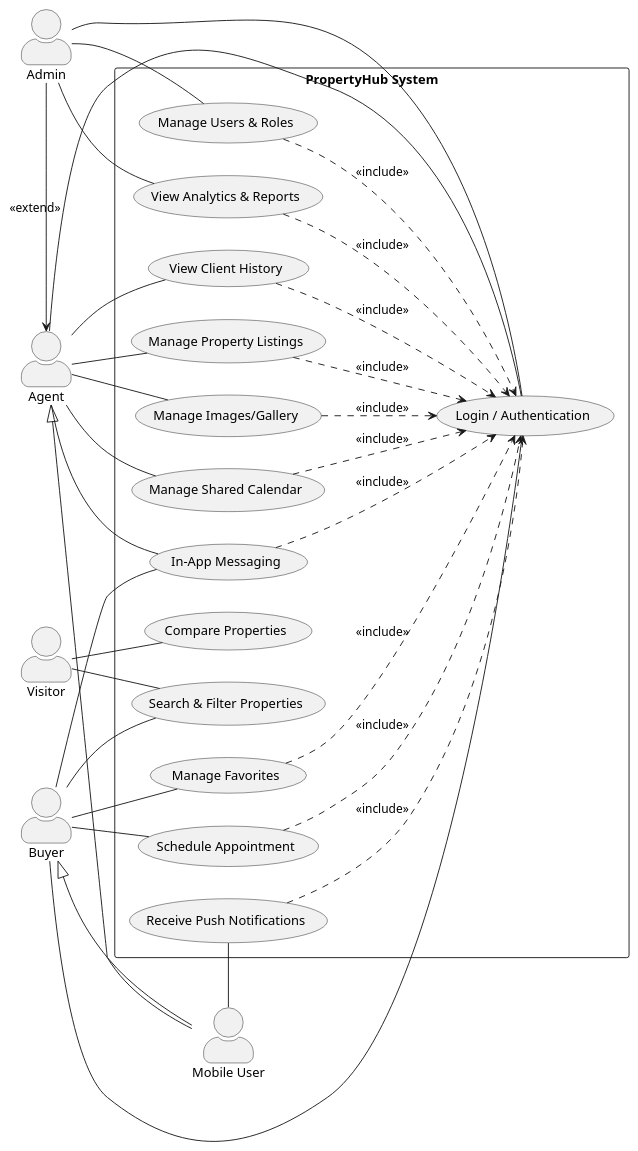
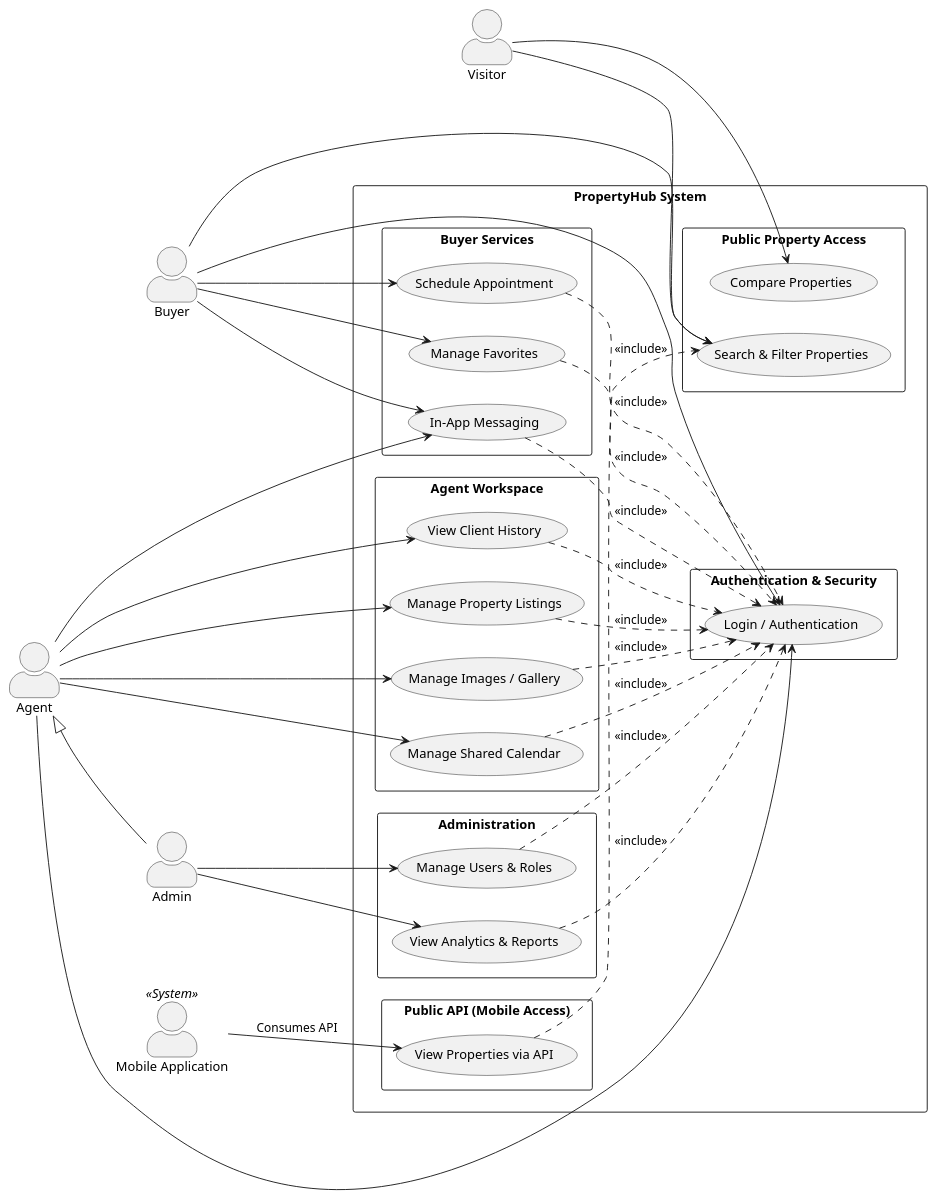
The diagram in UseCase/global_UseCase.puml (AZIZ-Soufiane/PropertyHub-PFE), drawn with PlantUML before and after one commit. The commit also changed 23 other files, not shown here.

```diff
--- a/UseCase/global_UseCase.puml
+++ b/UseCase/global_UseCase.puml
@@ -1,75 +1,99 @@
 @startuml
 left to right direction
 skinparam packageStyle rectangle
 skinparam shadowing false
 skinparam actorStyle awesome
 
-actor "Visitor"          as Vis
-actor "Buyer"            as Client
-actor "Agent"            as Agent
-actor "Admin"            as Admin
-actor "Mobile User"      as Mob
+'================ ACTORS =================
+actor "Visitor" as Visitor
+actor "Buyer" as Buyer
+actor "Agent" as Agent
+actor "Admin" as Admin
+actor "Mobile Application" as MobileApp <<System>>
+
+' Actor hierarchy
+Agent <|-- Admin
 
 rectangle "PropertyHub System" {
 
-    (Login / Authentication)        as UC0
-    (Search & Filter Properties)    as UC1
-    (Compare Properties)            as UC2
-    (Manage Favorites)              as UC3
-    (Schedule Appointment)          as UC4
-    (In-App Messaging)              as UC5
-    (Manage Property Listings)      as UC6
-    (Manage Images/Gallery)         as UC7
-    (Manage Shared Calendar)        as UC8
-    (View Client History)           as UC9
-    (Manage Users & Roles)          as UC10
-    (View Analytics & Reports)      as UC11
-    (Receive Push Notifications)    as UC12
+  '=========== AUTH ===========
+  package "Authentication & Security" {
+      (Login / Authentication) as Login
+  }
+
+  '=========== PUBLIC FEATURES ===========
+  package "Public Property Access" {
+      (Search & Filter Properties) as Search
+      (Compare Properties) as Compare
+  }
+
+  '=========== BUYER FEATURES ===========
+  package "Buyer Services" {
+      (Manage Favorites) as Favorites
+      (Schedule Appointment) as Appointment
+      (In-App Messaging) as Messaging
+  }
+
+  '=========== AGENT FEATURES ===========
+  package "Agent Workspace" {
+      (Manage Property Listings) as Listings
+      (Manage Images / Gallery) as Gallery
+      (Manage Shared Calendar) as Calendar
+      (View Client History) as ClientHistory
+  }
+
+  '=========== ADMIN FEATURES ===========
+  package "Administration" {
+      (Manage Users & Roles) as Users
+      (View Analytics & Reports) as Analytics
+  }
+
+  '=========== API ACCESS ===========
+  package "Public API (Mobile Access)" {
+      (View Properties via API) as APIView
+  }
 }
 
-' Basic Access
-Vis    -- UC1
-Vis    -- UC2
+'================ RELATIONSHIPS =================
 
-' Secured Buyer Actions
-Client -- UC0
-Client -- UC1
-Client -- UC3
-Client -- UC4
-Client -- UC5
+' Visitor
+Visitor --> Search
+Visitor --> Compare
 
-' Secured Agent Actions
-Agent  -- UC0
-Agent  -- UC5
-Agent  -- UC6
-Agent  -- UC7
-Agent  -- UC8
-Agent  -- UC9
+' Buyer
+Buyer --> Login
+Buyer --> Search
+Buyer --> Favorites
+Buyer --> Appointment
+Buyer --> Messaging
 
-' Secured Admin Actions
-Admin  -- UC0
-Admin  -- UC10
-Admin  -- UC11
+' Agent
+Agent --> Login
+Agent --> Messaging
+Agent --> Listings
+Agent --> Gallery
+Agent --> Calendar
+Agent --> ClientHistory
 
-' Mobile Specific
-Mob    -- UC12
-Client <|-- Mob
-Agent  <|-- Mob
+' Admin
+Admin --> Users
+Admin --> Analytics
 
-' Includes (Security Requirement)
-UC3  ..> UC0 : <<include>>
-UC4  ..> UC0 : <<include>>
-UC5  ..> UC0 : <<include>>
-UC6  ..> UC0 : <<include>>
-UC7  ..> UC0 : <<include>>
-UC8  ..> UC0 : <<include>>
-UC9  ..> UC0 : <<include>>
-UC10 ..> UC0 : <<include>>
-UC11 ..> UC0 : <<include>>
-UC12 ..> UC0 : <<include>>
+' Mobile API consumer
+MobileApp --> APIView : Consumes API
 
-' Admin inherits Agent permissions
-Admin -right-> Agent : <<extend>>
+'================ SECURITY =================
+Favorites ..> Login : <<include>>
+Appointment ..> Login : <<include>>
+Messaging ..> Login : <<include>>
+Listings ..> Login : <<include>>
+Gallery ..> Login : <<include>>
+Calendar ..> Login : <<include>>
+ClientHistory ..> Login : <<include>>
+Users ..> Login : <<include>>
+Analytics ..> Login : <<include>>
 
+' API reuses search logic
+APIView ..> Search : <<include>>
 
 @enduml
```
